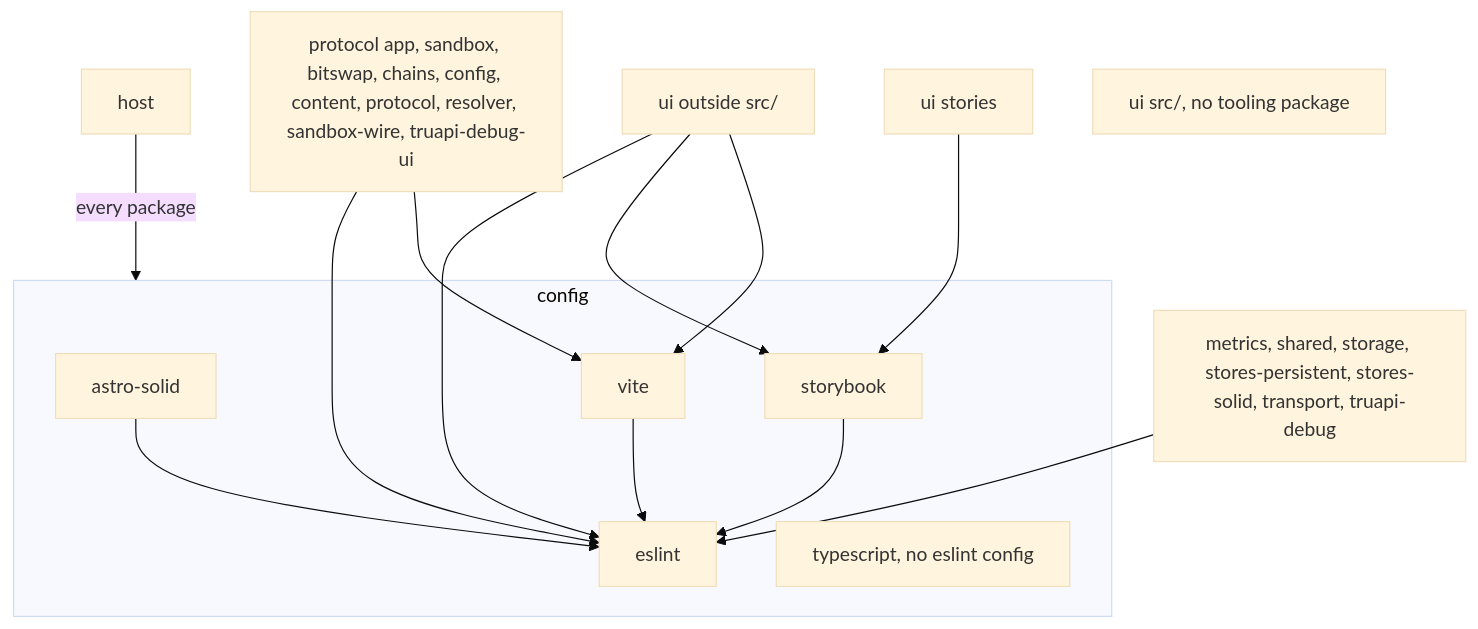
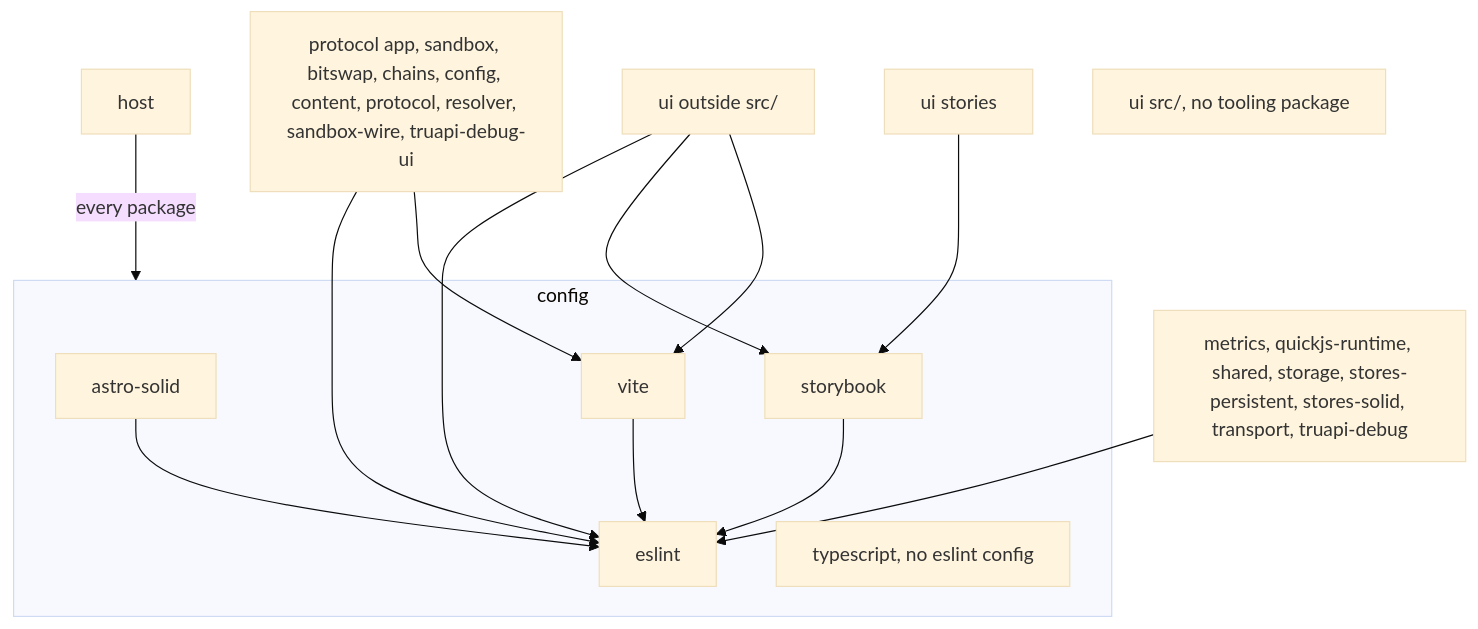
Before and after one commit to paritytech/dotli-community: the second of 2 diagrams in docs/code/placement.md, drawn with Mermaid (base theme). The commit also changed other lines of this file and 74 other files, not shown here.

````diff
--- a/docs/code/placement.md
+++ b/docs/code/placement.md
@@ -73,22 +75,22 @@
 ```mermaid
 flowchart TD
   host[host]
   viteUsers["protocol app, sandbox, bitswap, chains, config, content, protocol, resolver, sandbox-wire, truapi-debug-ui"]
-  eslintOnly["metrics, shared, storage, stores-persistent, stores-solid, transport, truapi-debug"]
+  eslintOnly["metrics, quickjs-runtime, shared, storage, stores-persistent, stores-solid, transport, truapi-debug"]
   uiRest["ui outside src/"]
   uiStories[ui stories]
   uiSrc["ui src/, no tooling package"]
   subgraph tooling [config]
     astroSolid[astro-solid]
     eslint[eslint]
     storybook[storybook]
     typescript["typescript, no eslint config"]
     vite[vite]
   end
   host -->|every package| tooling
   viteUsers --> eslint & vite
   eslintOnly --> eslint
   uiRest --> eslint & storybook & vite
   uiStories --> storybook
   astroSolid & storybook & vite --> eslint
 ```
````
